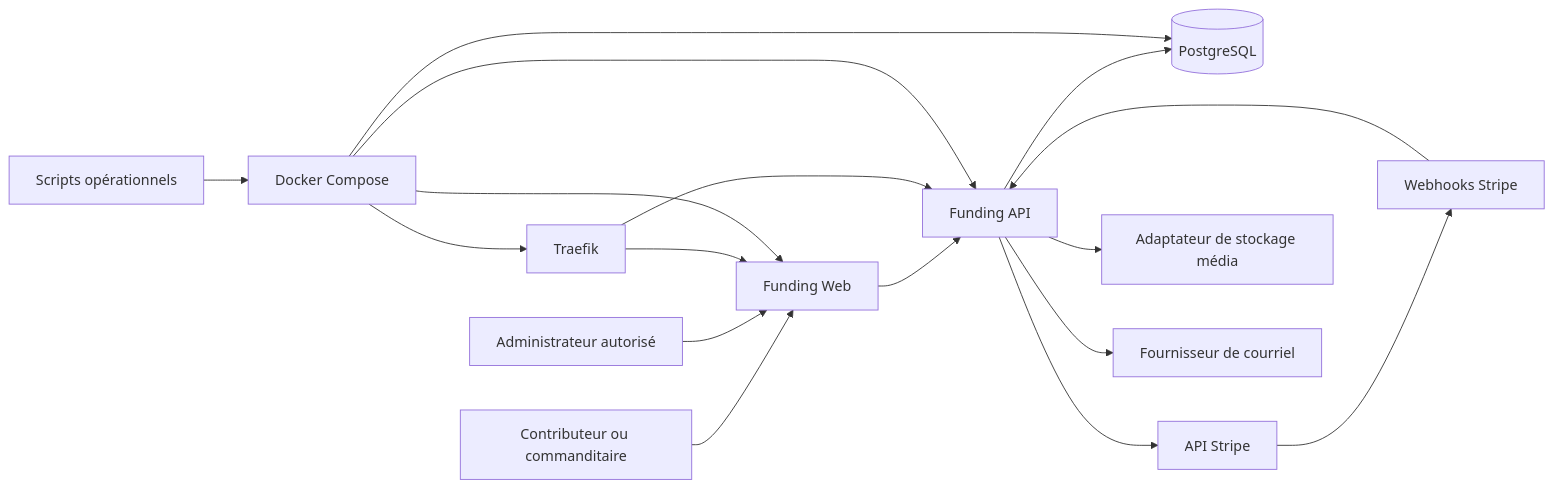
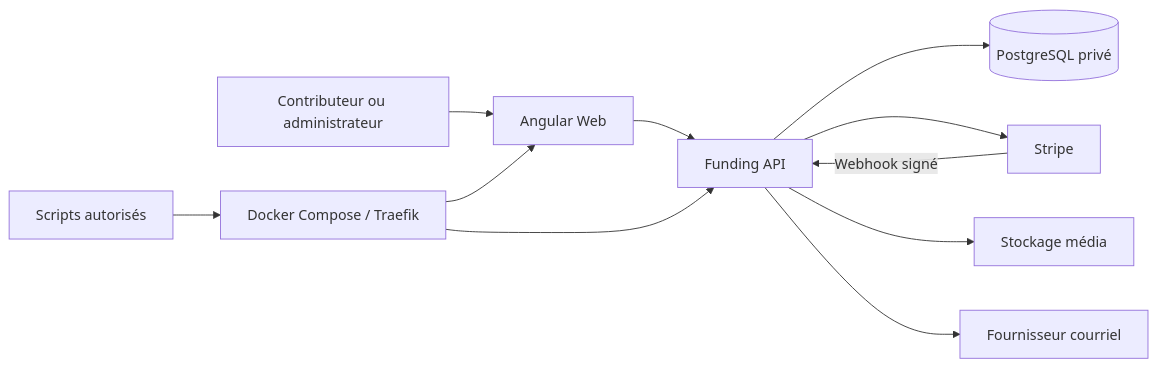
The diagram in docs/ARCHITECTURE.md (OpenG7/openg7-funding-platform), drawn with Mermaid before and after one commit. The commit also changed other lines of this file and 21 other files, not shown here.

````diff
--- a/docs/ARCHITECTURE.md
+++ b/docs/ARCHITECTURE.md
@@ -714,19 +36,13 @@
 ```mermaid
 flowchart LR
-  visitor[Contributeur ou commanditaire] --> web[Funding Web]
-  admin[Administrateur autorisé] --> web
+  visiteur[Contributeur ou administrateur] --> web[Angular Web]
   web --> api[Funding API]
-  api --> db[(PostgreSQL)]
-  api --> stripe[API Stripe]
-  stripe --> webhook[Webhooks Stripe]
-  webhook --> api
-  api --> media[Adaptateur de stockage média]
-  api --> mail[Fournisseur de courriel]
-  traefik[Traefik] --> web
-  traefik --> api
-  ops[Scripts opérationnels] --> compose[Docker Compose]
-  compose --> traefik
+  api --> db[(PostgreSQL privé)]
+  api --> stripe[Stripe]
+  stripe -->|Webhook signé| api
+  api --> stockage[Stockage média]
+  api --> courriel[Fournisseur courriel]
+  ops[Scripts autorisés] --> compose[Docker Compose / Traefik]
   compose --> web
   compose --> api
-  compose --> db
 ```
````
